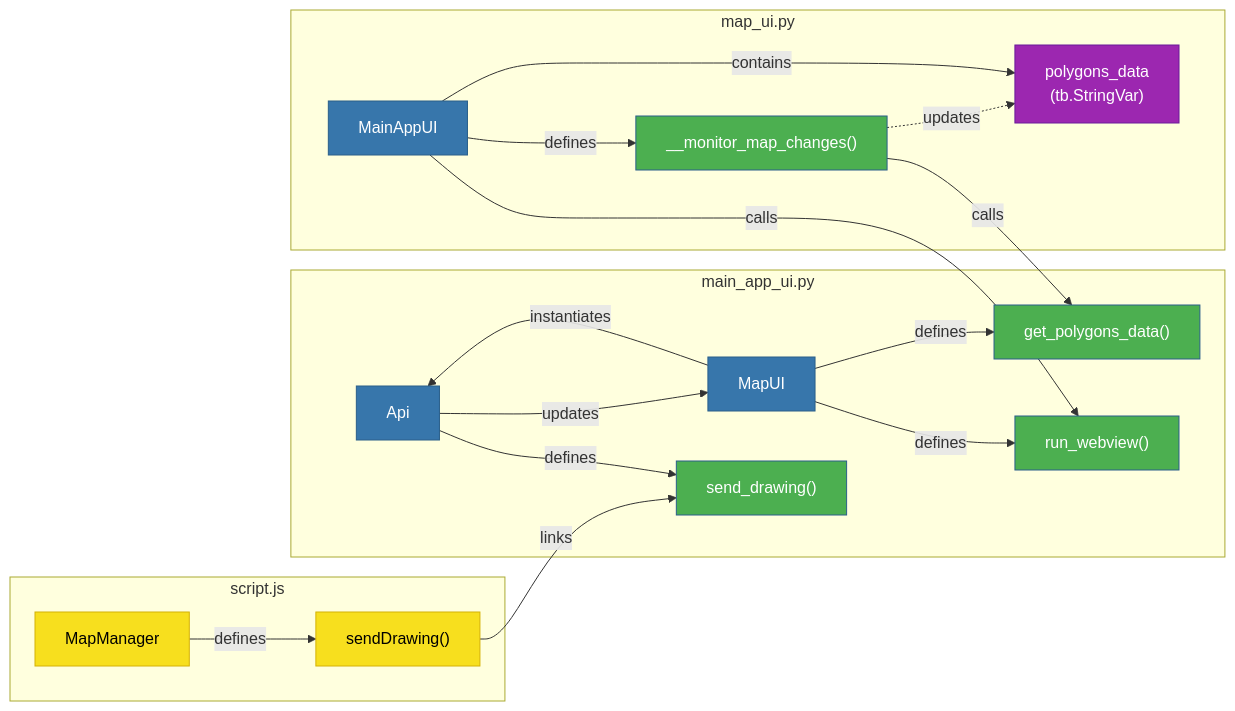
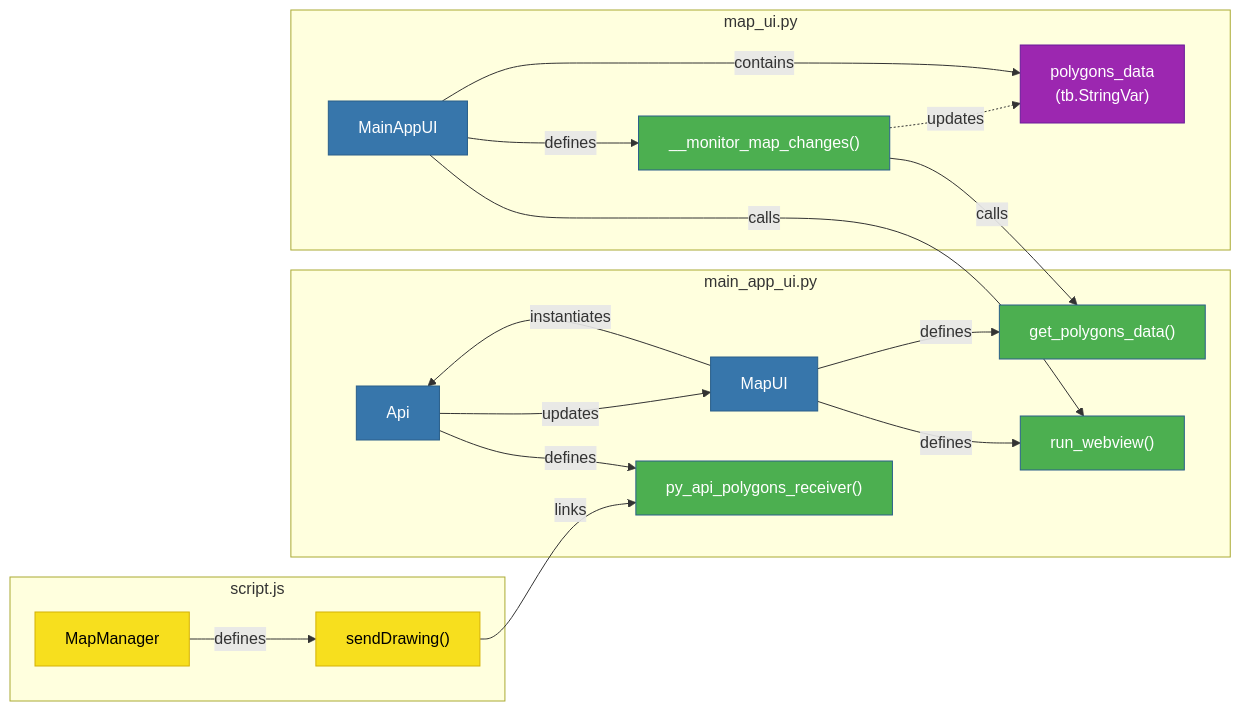
One commit to GMECH7/rss_islandr changed the diagram in README.md. Above: the diagram before and after it, drawn with Mermaid. The commit also changed 3 other files, not shown here.

````diff
--- a/README.md
+++ b/README.md
@@ -239,38 +239,38 @@
 ```mermaid
 %%{init: {'themeVariables': {'fontFamily': 'monospace'}}}%%
 %%{init: {'themeVariables': {'fontFamily': 'monospace'}}}%%
 graph LR
     %% Define CSS classes
     classDef javascript fill:#f7df1e,color:black,stroke:#d4b106
     classDef python fill:#3776ab,color:white,stroke:#2a5f8a
     classDef python_method fill:#4CAF50,color:white,stroke:#2a5f8a
     classDef variable fill:#9C27B0,color:white,stroke:#6A1B9A
 
     subgraph "script.js"
         JS["MapManager"]:::javascript
         JS -->|defines| sendDrawing["sendDrawing()"]:::javascript
     end
 
     subgraph "main_app_ui.py"
         Py["Api"]:::python
         MapUI["MapUI"]:::python
-        send_drawing["send_drawing()"]:::python_method
+        py_api_polygons_receiver["py_api_polygons_receiver()"]:::python_method
 
         %% Relationships
-        sendDrawing -->|links| send_drawing
-        Py -->|defines| send_drawing
+        sendDrawing -->|links| py_api_polygons_receiver
+        Py -->|defines| py_api_polygons_receiver
         Py -->|updates| MapUI
         MapUI -->|instantiates| Py
         MapUI -->|defines| run_webview["run_webview()"]:::python_method
         MapUI -->|defines| get_polygons_data["get_polygons_data()"]:::python_method
     end
 
     subgraph "map_ui.py"
         MainAppUI["MainAppUI"]:::python
         MainAppUI -->|calls| run_webview
         MainAppUI -->|defines| __monitor_map_changes["__monitor_map_changes()"]:::python_method
         __monitor_map_changes -->|calls| get_polygons_data
         MainAppUI -->|contains| tb.StringVar["polygons_data<br>(tb.StringVar)"]:::variable
         __monitor_map_changes -.->|updates| tb.StringVar
     end
 ```
````
